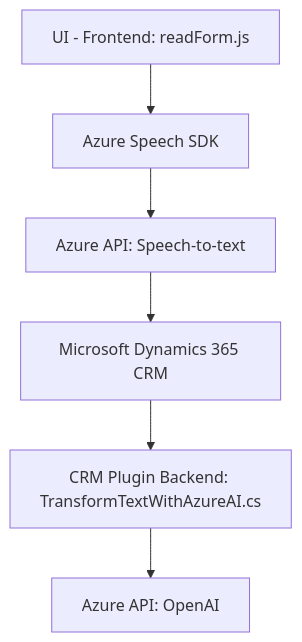
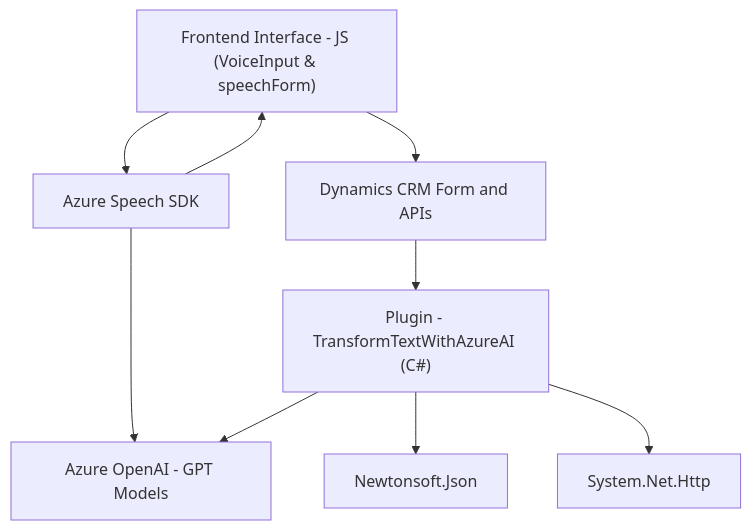
The diagram in README.md (blopezdm/NETCORE_BILBAO2025), drawn with Mermaid before and after one commit. The commit also changed other lines of this file, not shown here.

````diff
--- a/README.md
+++ b/README.md
@@ -37,15 +44,19 @@
 ```mermaid
 graph TD
-    A["UI - Frontend: readForm.js"]
-    B["Azure Speech SDK"]
-    C["Azure API: Speech-to-text"]
-    D["Microsoft Dynamics 365 CRM"]
-    E["CRM Plugin Backend: TransformTextWithAzureAI.cs"]
-    F["Azure API: OpenAI"]
+A["Frontend Interface - JS (VoiceInput & speechForm)"]
+B["Azure Speech SDK"]
+C["Dynamics CRM Form and APIs"]
+D["Plugin - TransformTextWithAzureAI (C#)"]
+E["Azure OpenAI - GPT Models"]
+F["Newtonsoft.Json"]
+G["System.Net.Http"]
 
-    A --> B
-    B --> C
-    C --> D
-    D --> E
-    E --> F
+A --> B
+A --> C
+B --> A
+B --> E
+C --> D
+D --> E
+D --> F
+D --> G
 ```
````
